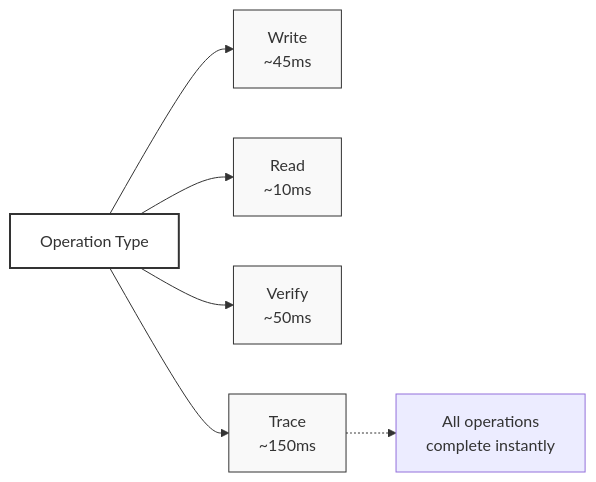
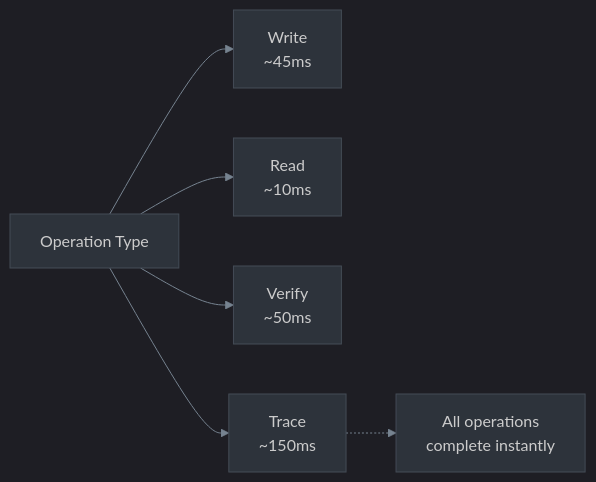
Before and after one commit to Ricoledan/dta-provenance-demo: diagram 16 of 17 in docs/ARCHITECTURE.md, drawn with Mermaid. The commit also changed other lines of this file and 1 other file, not shown here.

First line of the commit message:
Update Mermaid diagrams to dark theme

````diff
--- a/docs/ARCHITECTURE.md
+++ b/docs/ARCHITECTURE.md
@@ -563,23 +458,19 @@
 ```mermaid
+%%{init: {"theme":"dark","themeVariables":{"darkMode":true,"background":"#0d1117","primaryColor":"#2d333b","primaryTextColor":"#e6edf3","primaryBorderColor":"#444c56","lineColor":"#768390","secondaryColor":"#1c2128","tertiaryColor":"#22272e","clusterBkg":"#2d333b","clusterBorder":"#444c56","nodeTextColor":"#e6edf3","mainBkg":"#2d333b","secondBkg":"#22272e","edgeLabelBackground":"#2d333b","nodeBorder":"#444c56"}}}%%
 graph LR
     Operation["Operation Type"]
 
     Write["Write<br/>~45ms"]
     Read["Read<br/>~10ms"]
     Verify["Verify<br/>~50ms"]
     Trace["Trace<br/>~150ms"]
 
     Operation --> Write
     Operation --> Read
     Operation --> Verify
     Operation --> Trace
 
     Note["All operations<br/>complete instantly"]
     Trace -.-> Note
 
-    style Operation fill:#fff,stroke:#333,stroke-width:2px
-    style Write fill:#f9f9f9,stroke:#333,stroke-width:1px
-    style Read fill:#f9f9f9,stroke:#333,stroke-width:1px
-    style Verify fill:#f9f9f9,stroke:#333,stroke-width:1px
-    style Trace fill:#f9f9f9,stroke:#333,stroke-width:1px
 ```
````
